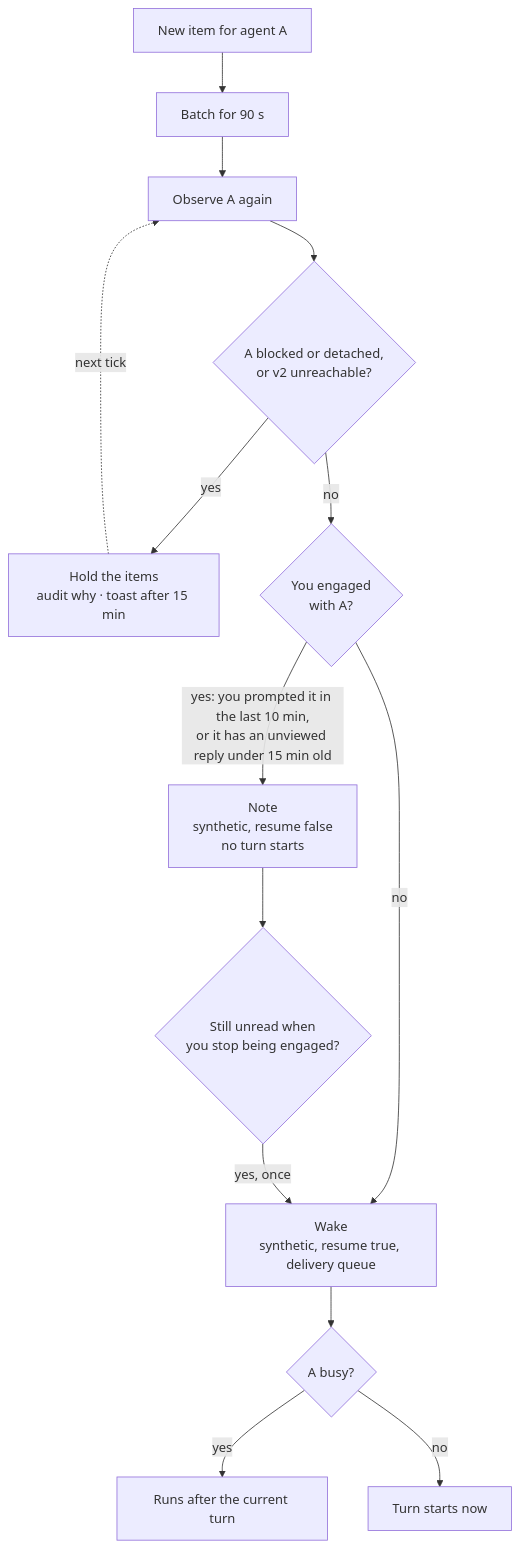
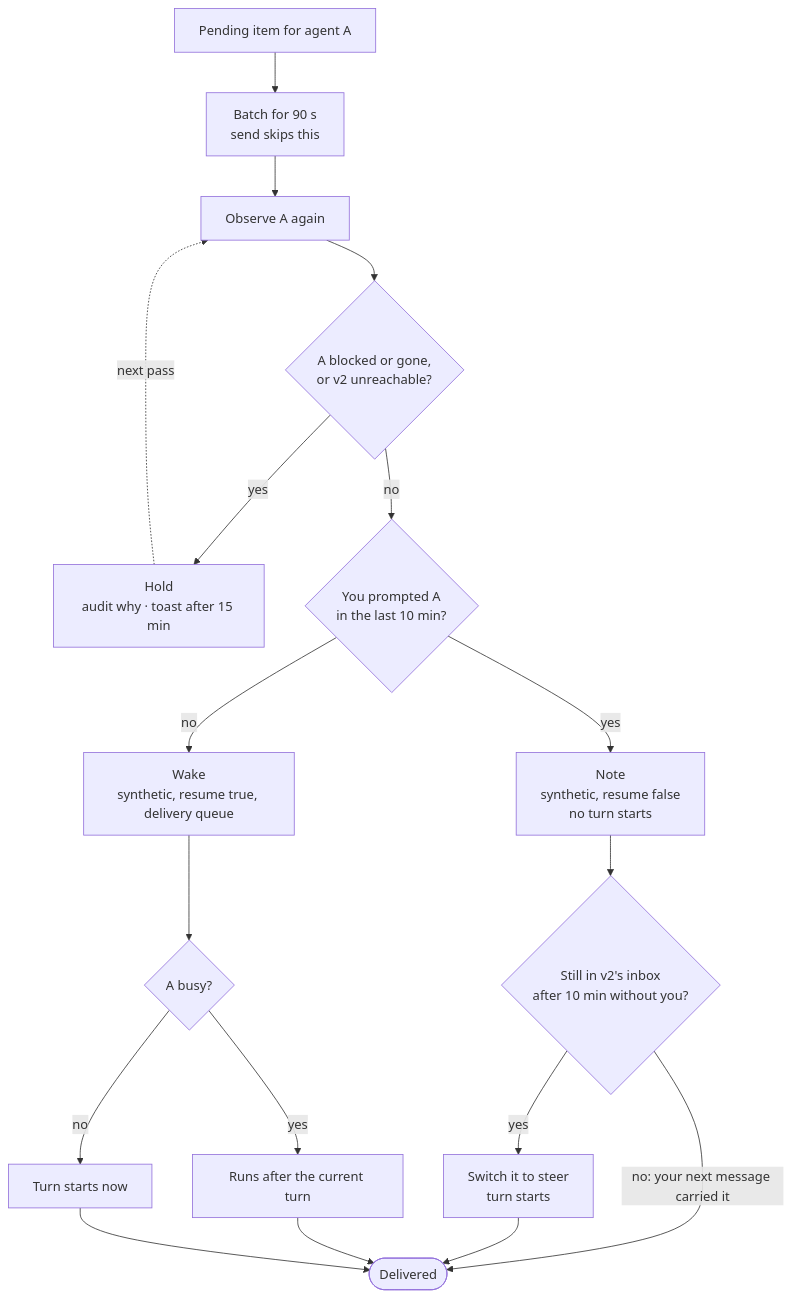
The fourth of 11 diagrams in docs/switchboard.md (adamkaplan/fleet-kit), drawn with Mermaid before and after one commit. The commit also changed other lines of this file, not shown here.

````diff
--- a/docs/switchboard.md
+++ b/docs/switchboard.md
@@ -141,16 +163,20 @@
 ```mermaid
 flowchart TD
-  item["New item for agent A"] --> batch["Batch for 90 s"]
+  item["Pending item for agent A"] --> batch["Batch for 90 s<br/>send skips this"]
   batch --> recheck["Observe A again"]
-  recheck --> blocked{"A blocked or detached,<br/>or v2 unreachable?"}
-  blocked -- "yes" --> hold["Hold the items<br/>audit why · toast after 15 min"]
-  hold -. "next tick" .-> recheck
-  blocked -- "no" --> engaged{"You engaged<br/>with A?"}
-  engaged -- "yes: you prompted it in the last 10 min,<br/>or it has an unviewed reply under 15 min old" --> note["Note<br/>synthetic, resume false<br/>no turn starts"]
+  recheck --> blocked{"A blocked or gone,<br/>or v2 unreachable?"}
+  blocked -- "yes" --> hold["Hold<br/>audit why · toast after 15 min"]
+  hold -. "next pass" .-> recheck
+  blocked -- "no" --> engaged{"You prompted A<br/>in the last 10 min?"}
+  engaged -- "yes" --> note["Note<br/>synthetic, resume false<br/>no turn starts"]
   engaged -- "no" --> wake["Wake<br/>synthetic, resume true, delivery queue"]
-  note --> unread{"Still unread when<br/>you stop being engaged?"}
-  unread -- "yes, once" --> wake
+  note --> lapse{"Still in v2's inbox<br/>after 10 min without you?"}
+  lapse -- "yes" --> steer["Switch it to steer<br/>turn starts"]
+  lapse -- "no: your next message carried it" --> done(["Delivered"])
   wake --> busy{"A busy?"}
   busy -- "yes" --> after["Runs after the current turn"]
   busy -- "no" --> now["Turn starts now"]
+  steer --> done
+  after --> done
+  now --> done
 ```
````
